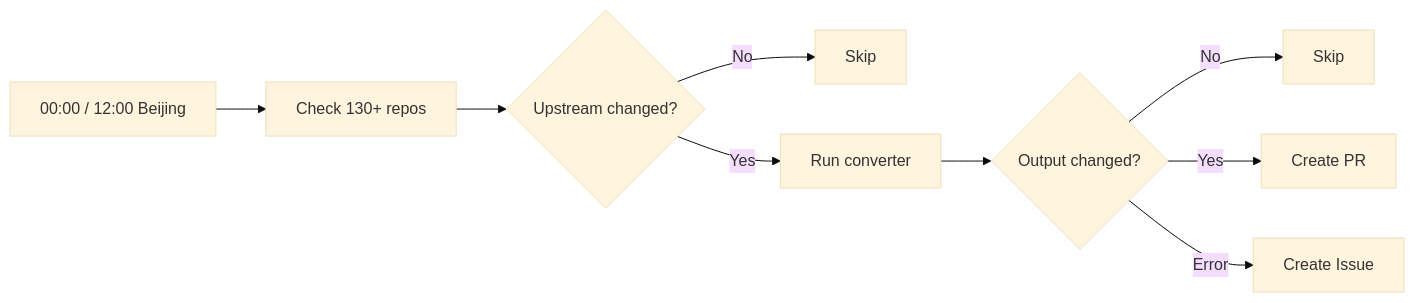
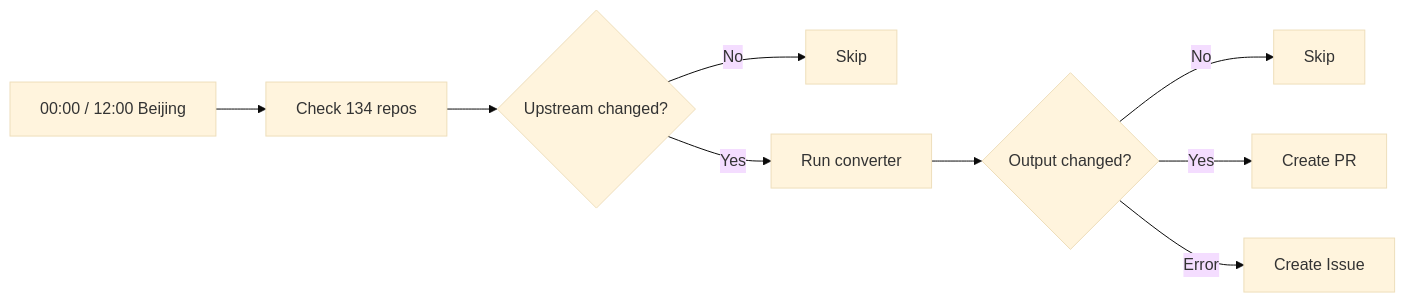
One commit to coc-plugin/coc-vscode-loader changed the diagram in README.md. Above: the diagram before and after it, drawn with Mermaid (base theme). The commit also changed other lines of this file and 14 other files, not shown here.

````diff
--- a/README.md
+++ b/README.md
@@ -44,11 +44,11 @@
 ```mermaid
 flowchart LR
-  A[00:00 / 12:00 Beijing] --> B[Check 130+ repos]
+  A[00:00 / 12:00 Beijing] --> B[Check 134 repos]
   B --> C{Upstream changed?}
   C -->|No| D[Skip]
   C -->|Yes| E[Run converter]
   E --> F{Output changed?}
   F -->|No| G[Skip]
   F -->|Yes| H[Create PR]
   F -->|Error| I[Create Issue]
 ```
````
